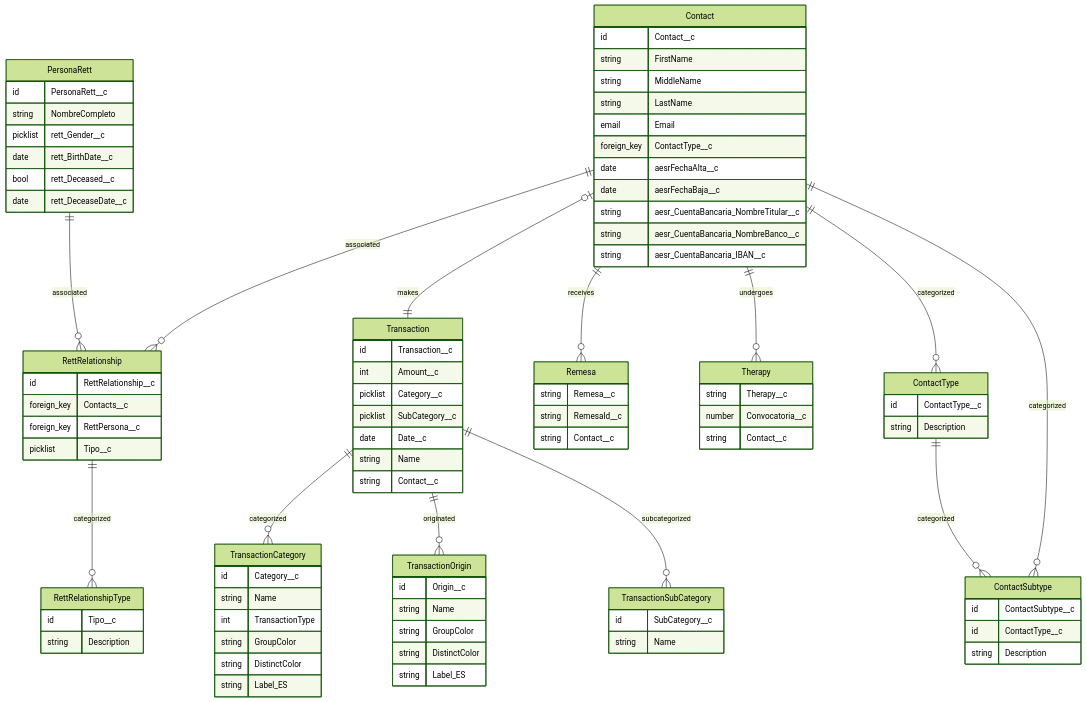
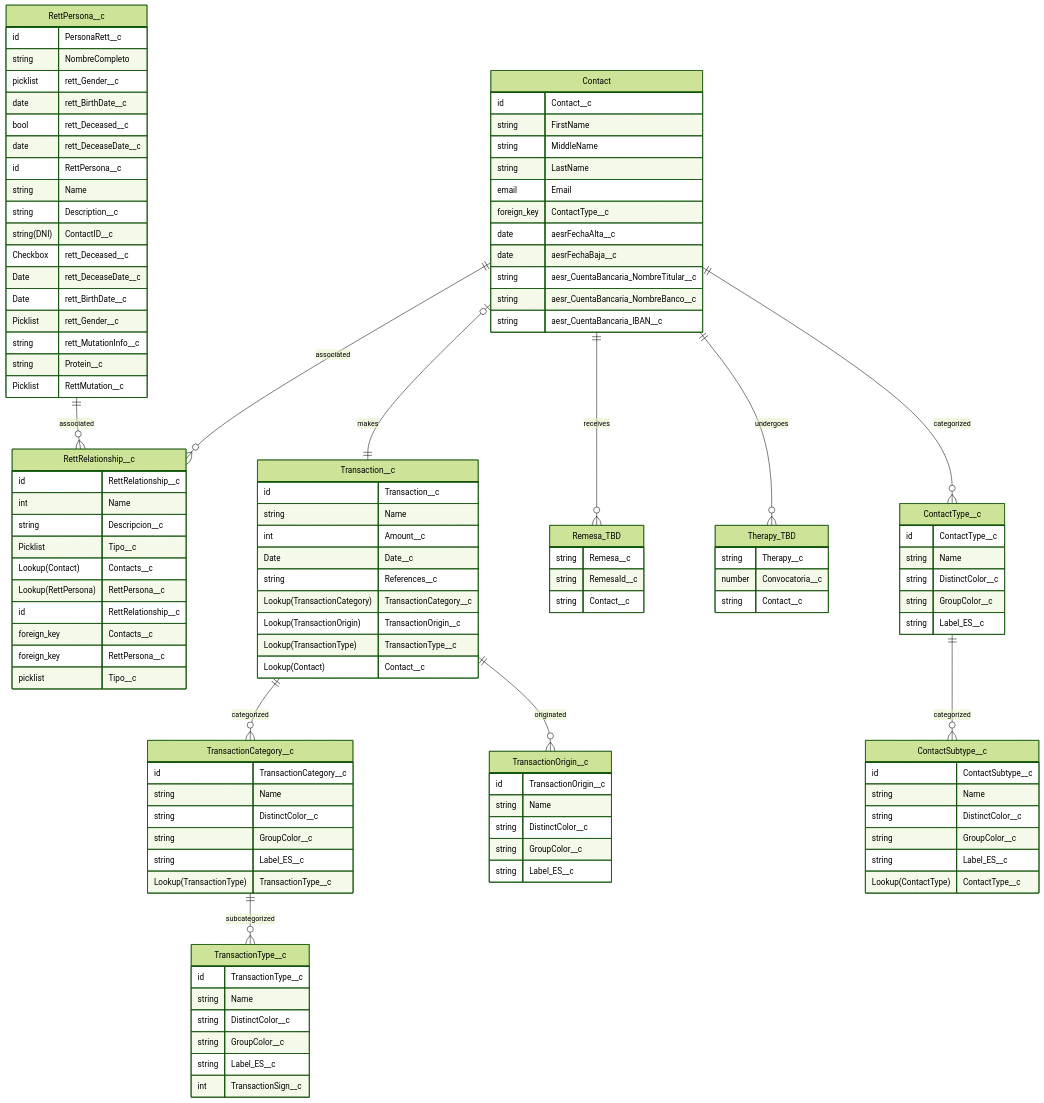
The diagram in docs/dbmodel.md (rett-spain/ngo-finance), drawn with Mermaid (forest theme) before and after one commit.

Commit message:
Updated db model

````diff
--- a/docs/dbmodel.md
+++ b/docs/dbmodel.md
@@ -3,21 +3,19 @@
 ```mermaid
 erDiagram
 
-    Contact ||--o{ RettRelationship : associated
-    PersonaRett ||--o{ RettRelationship : associated
+    Contact ||--o{ RettRelationship__c : associated
+    RettPersona__c ||--o{ RettRelationship__c : associated
 
-    Contact |o--|| Transaction : makes
-    Contact ||--o{ Remesa : receives
-    Contact ||--o{ Therapy : undergoes
-    Contact ||--o{ ContactType : categorized
-    Contact ||--o{ ContactSubtype : categorized
+    Contact |o--|| Transaction__c : makes
+    Contact ||--o{ Remesa_TBD : receives
+    Contact ||--o{ Therapy_TBD : undergoes
+    Contact ||--o{ ContactType__c : categorized
 
-    ContactType ||--o{ ContactSubtype : categorized
+    ContactType__c ||--o{ ContactSubtype__c : categorized
 
-    RettRelationship ||--o{ RettRelationshipType : categorized
-    Transaction ||--o{ TransactionCategory : categorized
-    Transaction ||--o{ TransactionOrigin : originated
-    Transaction ||--o{ TransactionSubCategory : subcategorized
+    Transaction__c ||--o{ TransactionCategory__c : categorized
+    Transaction__c ||--o{ TransactionOrigin__c : originated
+    TransactionCategory__c ||--o{ TransactionType__c : subcategorized
 
     Contact {
         id Contact__c
@@ -33,7 +31,7 @@
         string aesr_CuentaBancaria_IBAN__c
     }
 
-    PersonaRett {
+    RettPersona__c {
         id PersonaRett__c
         string NombreCompleto
         picklist rett_Gender__c
@@ -42,71 +40,101 @@
         date rett_DeceaseDate__c
     }
 
-    RettRelationship {
+    RettPersona__c {
+        id RettPersona__c
+        string Name
+        string Description__c
+        string(DNI) ContactID__c
+        Checkbox rett_Deceased__c
+        Date rett_DeceaseDate__c
+        Date rett_BirthDate__c
+        Picklist rett_Gender__c
+        string rett_MutationInfo__c
+        string Protein__c
+        Picklist RettMutation__c
+    }
+
+    RettRelationship__c {
+        id RettRelationship__c
+        int Name
+        string Descripcion__c
+        Picklist Tipo__c
+        Lookup(Contact) Contacts__c
+        Lookup(RettPersona) RettPersona__c
+    }
+
+    RettRelationship__c {
         id RettRelationship__c
         foreign_key Contacts__c
         foreign_key RettPersona__c
         picklist Tipo__c
     }
 
-    Transaction {
+    Transaction__c {
         id Transaction__c
+        string Name
         int Amount__c
-        picklist Category__c
-        picklist SubCategory__c
-        date Date__c
-        string Name
-        string Contact__c
+        Date Date__c
+        string References__c
+        Lookup(TransactionCategory) TransactionCategory__c
+        Lookup(TransactionOrigin) TransactionOrigin__c
+        Lookup(TransactionType) TransactionType__c
+        Lookup(Contact) Contact__c
     }
 
-    Therapy {
+    Therapy_TBD {
         string Therapy__c
         number Convocatoria__c
         string Contact__c
     }
 
-    Remesa {
+    Remesa_TBD {
         string Remesa__c
         string RemesaId__c
         string Contact__c
     }
 
-    ContactType {
+    ContactType__c {
         id ContactType__c
-        string Description
+        string Name
+        string DistinctColor__c
+        string GroupColor__c
+        string Label_ES__c
     }
 
-    ContactSubtype {
+    ContactSubtype__c {
         id ContactSubtype__c
-        id ContactType__c
-        string Description
+        string Name
+        string DistinctColor__c
+        string GroupColor__c
+        string Label_ES__c
+        Lookup(ContactType) ContactType__c
     }
 
-    RettRelationshipType {
-        id Tipo__c
-        string Description
+    TransactionCategory__c {
+        id TransactionCategory__c
+        string Name
+        string DistinctColor__c
+        string GroupColor__c
+        string Label_ES__c
+        Lookup(TransactionType) TransactionType__c
     }
 
-    TransactionCategory {
-        id Category__c
+    TransactionType__c {
+        id TransactionType__c
         string Name
-        int TransactionType
-        string GroupColor
-        string DistinctColor
-        string Label_ES
+        string DistinctColor__c
+        string GroupColor__c
+        string Label_ES__c
+        int TransactionSign__c
     }
 
-    TransactionSubCategory {
-        id SubCategory__c
+    TransactionOrigin__c {
+        id TransactionOrigin__c
         string Name
-    }
-
-    TransactionOrigin {
-        id Origin__c
-        string Name
-        string GroupColor
-        string DistinctColor
-        string Label_ES
+        string DistinctColor__c
+        string GroupColor__c
+        string Label_ES__c
     }
 
 
````
